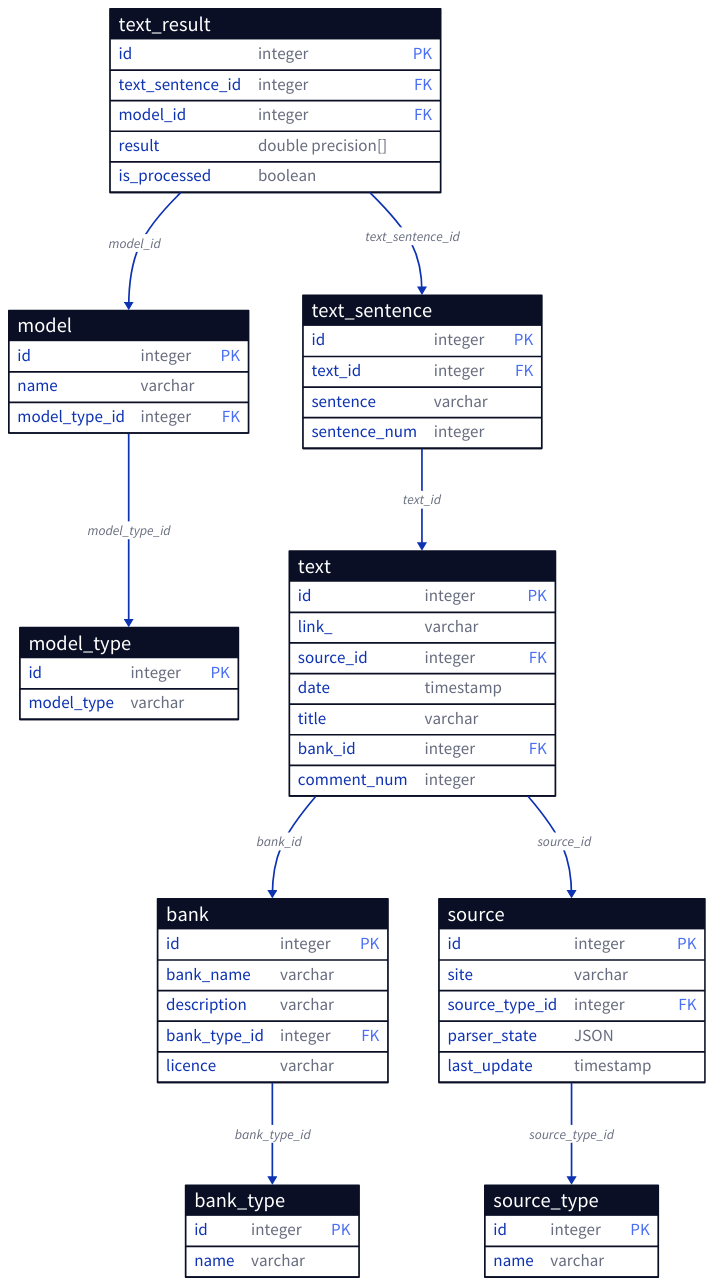
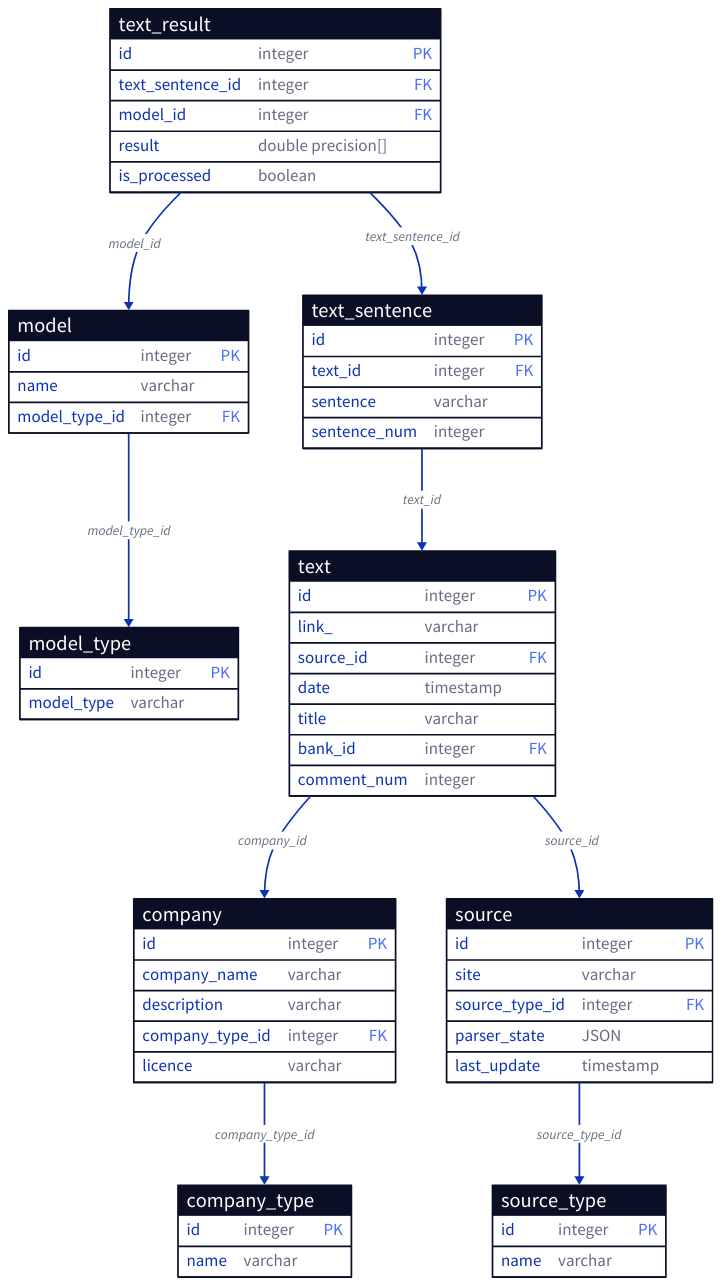
Before and after one commit to dudin-george/ESG_analysis: the fourth of 10 diagrams in docs/vkr.org, drawn with D2. The commit also changed other lines of this file and 3 other files, not shown here.

```diff
--- a/docs/vkr.org
+++ b/docs/vkr.org
@@ -906,15 +1046,15 @@
 #+begin_src d2 :exports results :file img/d2/database.png
-bank: {
+company: {
   shape: sql_table
 
   id: integer {constraint: primary_key}
-  bank_name: varchar
+  company_name: varchar
   description: varchar
-  bank_type_id: integer {constraint: foreign_key}
+  company_type_id: integer {constraint: foreign_key}
   licence: varchar
 }
 
-bank_type: {
+company_type: {
   shape: sql_table
 
   id: integer {constraint: primary_key}
@@ -978,10 +1118,10 @@
   sentence_num: integer
 }
 
-bank -> bank_type: bank_type_id
+company -> company_type: company_type_id
 model -> model_type: model_type_id
 source -> source_type: source_type_id
-text -> bank: bank_id
+text -> company: company_id
 text -> source: source_id
 text_result -> model: model_id
 text_result -> text_sentence: text_sentence_id
```
